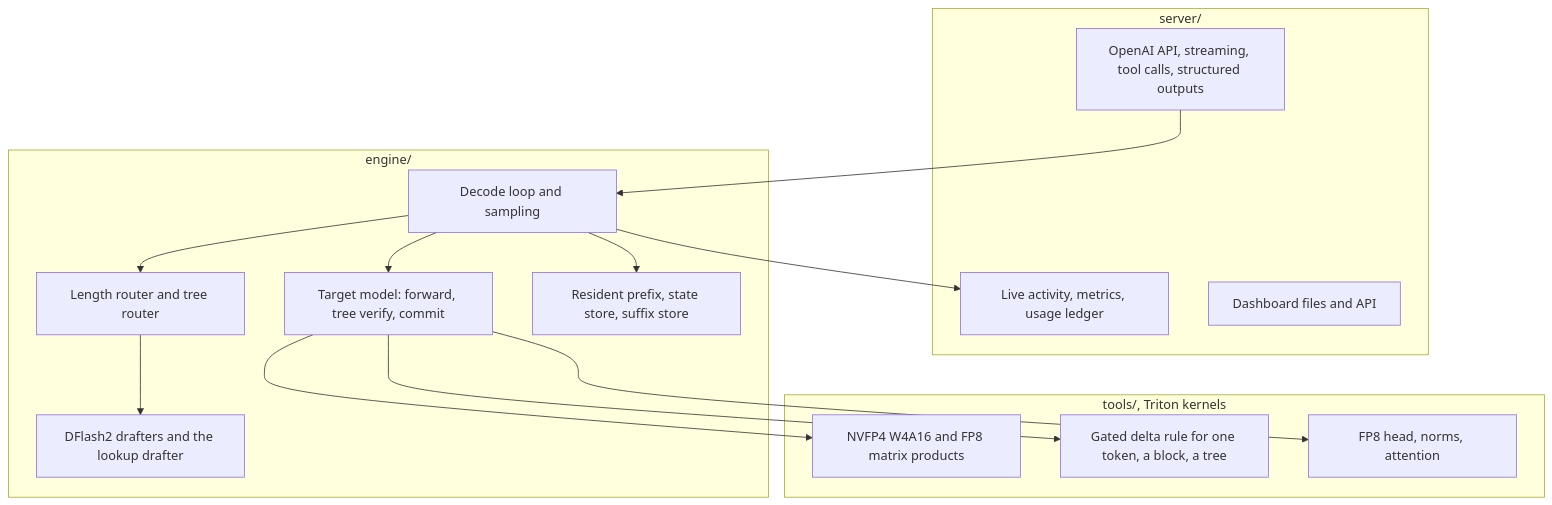
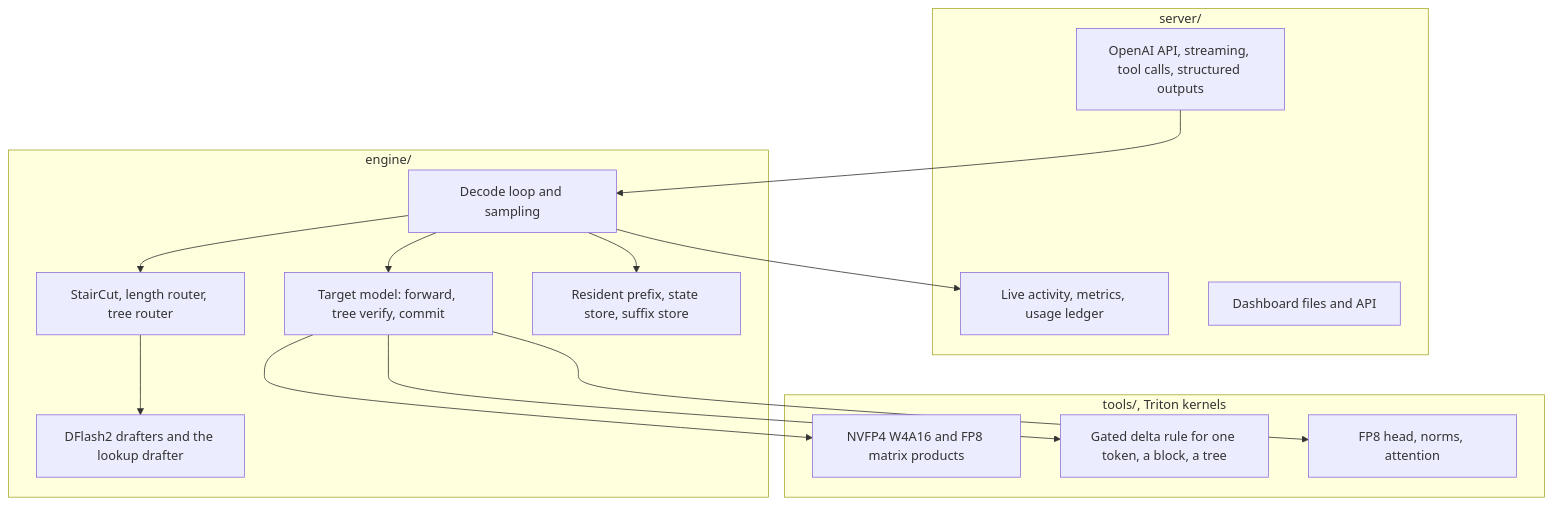
One commit to 0xBakeer/TandemLLM changed the second of 2 diagrams in docs/architecture.md. Above: the diagram before and after it, drawn with Mermaid. The commit also changed other lines of this file and 13 other files, not shown here.

First line of the commit message:
Docs: bring README and docs up to the StairCut release

````diff
--- a/docs/architecture.md
+++ b/docs/architecture.md
@@ -72,28 +72,28 @@
 ```mermaid
 flowchart TB
     subgraph server[server/]
         API[OpenAI API, streaming, tool calls, structured outputs]
         LIVE[Live activity, metrics, usage ledger]
         DASH[Dashboard files and API]
     end
     subgraph engine[engine/]
         LOOP[Decode loop and sampling]
-        ROUTER[Length router and tree router]
+        ROUTER[StairCut, length router, tree router]
         DRAFT[DFlash2 drafters and the lookup drafter]
         MODEL[Target model: forward, tree verify, commit]
         CACHE[Resident prefix, state store, suffix store]
     end
     subgraph kernels[tools/, Triton kernels]
         W4[NVFP4 W4A16 and FP8 matrix products]
         GDN[Gated delta rule for one token, a block, a tree]
         HEAD[FP8 head, norms, attention]
     end
     API --> LOOP
     LOOP --> ROUTER --> DRAFT
     LOOP --> MODEL
     LOOP --> CACHE
     MODEL --> W4
     MODEL --> GDN
     MODEL --> HEAD
     LOOP --> LIVE
 ```
````
